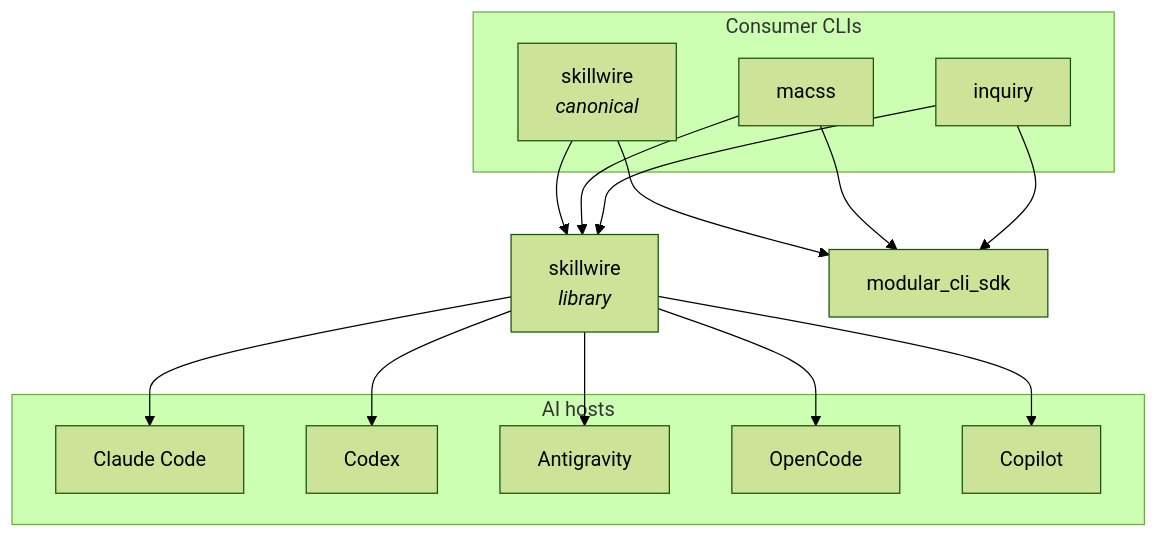
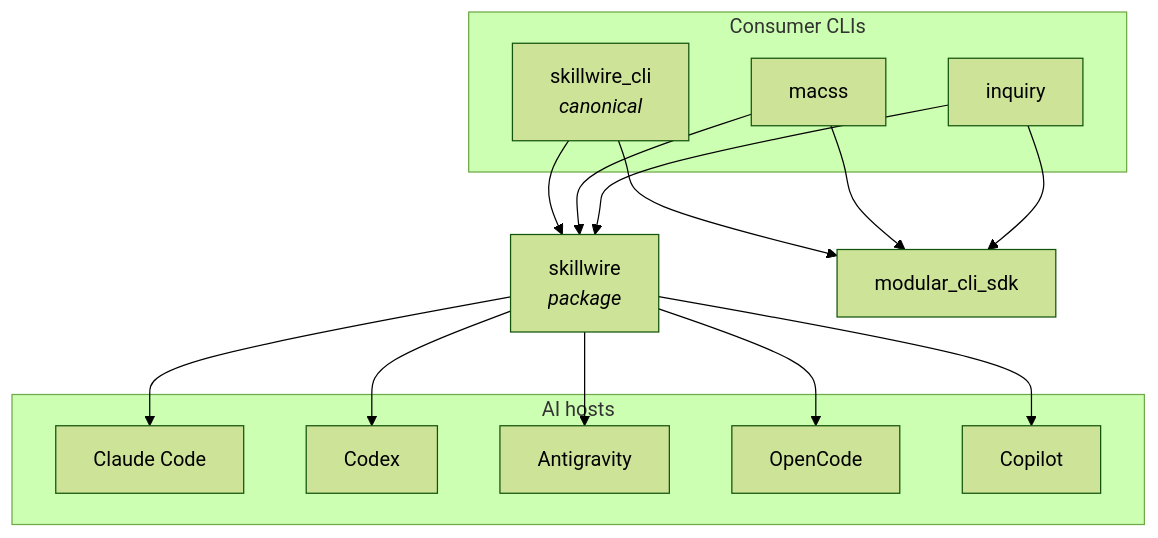
The first of 4 diagrams in docs/architecture.md (ccisnedev/skillwire), drawn with Mermaid (forest theme) before and after one commit. The commit also changed other lines of this file and 10 other files, not shown here.

````diff
--- a/docs/architecture.md
+++ b/docs/architecture.md
@@ -27,31 +28,31 @@
 ```mermaid
 graph TD
     subgraph consumers[Consumer CLIs]
-        SW["skillwire<br/><i>canonical</i>"]
+        SW["skillwire_cli<br/><i>canonical</i>"]
         MA["macss"]
         IN["inquiry"]
     end
 
-    LIB["skillwire<br/><i>library</i>"]
+    LIB["skillwire<br/><i>package</i>"]
     SDK["modular_cli_sdk"]
 
     subgraph hosts[AI hosts]
         CC["Claude Code"]
         CX["Codex"]
         AG["Antigravity"]
         OC["OpenCode"]
         CP["Copilot"]
     end
 
     SW --> LIB
     MA --> LIB
     IN --> LIB
     SW --> SDK
     MA --> SDK
     IN --> SDK
     LIB --> CC
     LIB --> CX
     LIB --> AG
     LIB --> OC
     LIB --> CP
 ```
````
